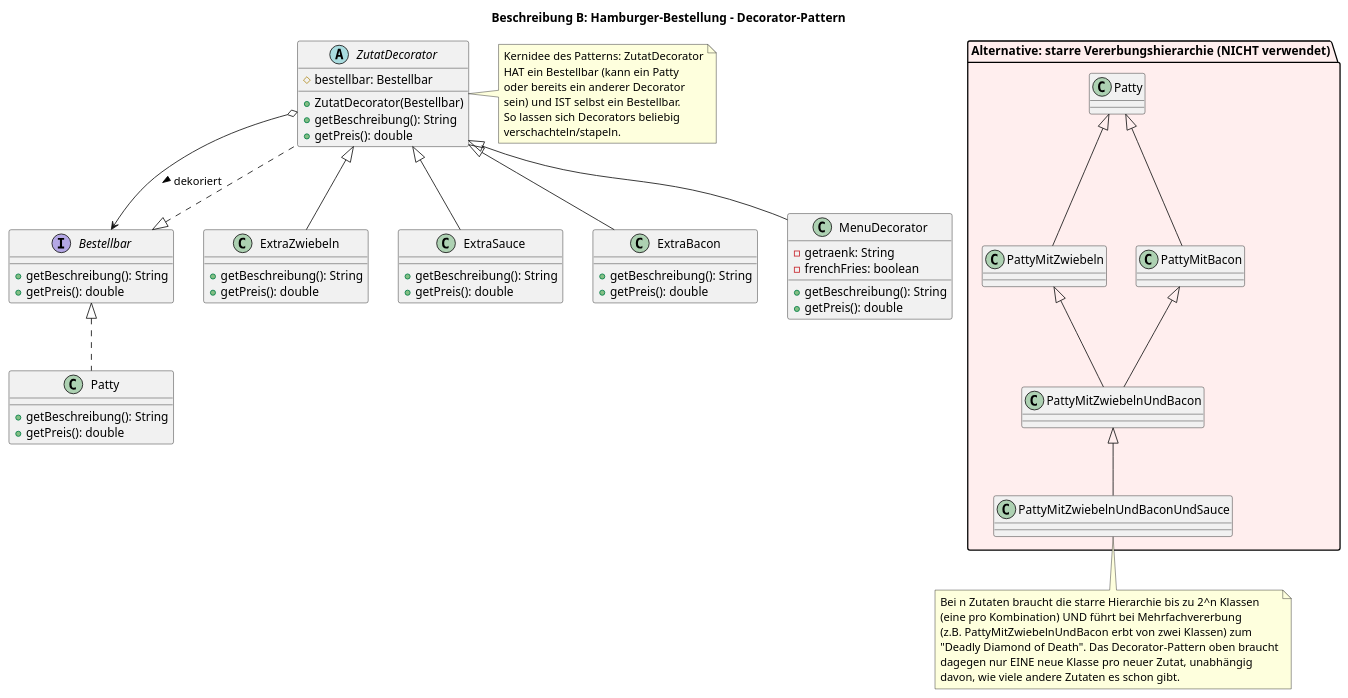
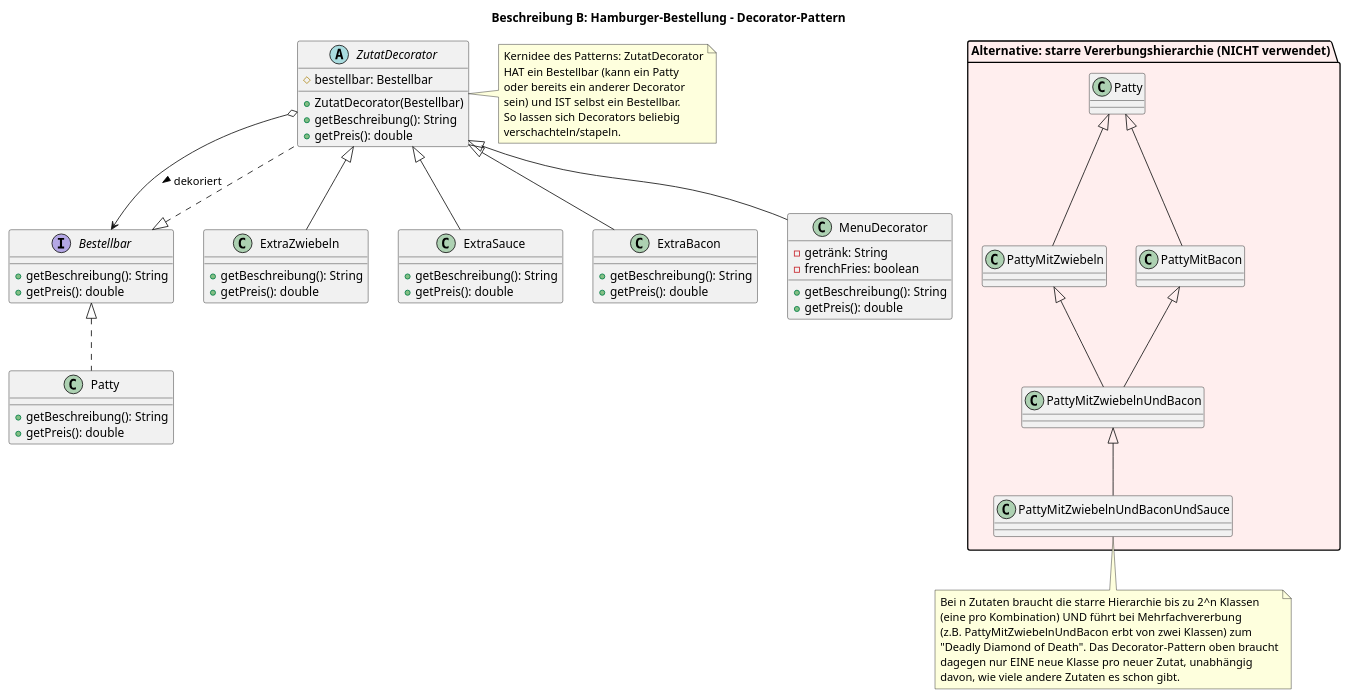
The diagram in M3/klassendiagramm-hamburger.puml (lars11093/M320-OOP), drawn with PlantUML before and after one commit.

Commit message:
M3: getraenk -> getr\xc3\xa4nk (echter Umlaut statt ASCII)

```diff
--- a/M3/klassendiagramm-hamburger.puml
+++ b/M3/klassendiagramm-hamburger.puml
@@ -1,88 +1,88 @@
 @startuml
 title Beschreibung B: Hamburger-Bestellung - Decorator-Pattern
 
 interface Bestellbar {
   +getBeschreibung(): String
   +getPreis(): double
 }
 
 class Patty {
   +getBeschreibung(): String
   +getPreis(): double
 }
 
 abstract class ZutatDecorator {
   #bestellbar: Bestellbar
   +ZutatDecorator(Bestellbar)
   +getBeschreibung(): String
   +getPreis(): double
 }
 
 class ExtraZwiebeln {
   +getBeschreibung(): String
   +getPreis(): double
 }
 
 class ExtraSauce {
   +getBeschreibung(): String
   +getPreis(): double
 }
 
 class ExtraBacon {
   +getBeschreibung(): String
   +getPreis(): double
 }
 
 class MenuDecorator {
-  -getraenk: String
+  -getränk: String
   -frenchFries: boolean
   +getBeschreibung(): String
   +getPreis(): double
 }
 
 ' IST-Beziehungen (Realisierung: Klasse implementiert Interface)
 Bestellbar <|.. Patty
 Bestellbar <|.. ZutatDecorator
 
 ' IST-Beziehung (Vererbung: Subklasse erbt von abstrakter Decorator-Basis)
 ZutatDecorator <|-- ExtraZwiebeln
 ZutatDecorator <|-- ExtraSauce
 ZutatDecorator <|-- ExtraBacon
 ZutatDecorator <|-- MenuDecorator
 
 ' HAT-Beziehung (Aggregation: Decorator umschliesst ein beliebiges Bestellbar-Objekt)
 ZutatDecorator o--> Bestellbar : dekoriert >
 
 note right of ZutatDecorator
   Kernidee des Patterns: ZutatDecorator
   HAT ein Bestellbar (kann ein Patty
   oder bereits ein anderer Decorator
   sein) und IST selbst ein Bestellbar.
   So lassen sich Decorators beliebig
   verschachteln/stapeln.
 end note
 
 package "Alternative: starre Vererbungshierarchie (NICHT verwendet)" #FFEEEE {
   class Patty2 as "Patty"
   class PattyMitZwiebeln
   class PattyMitBacon
   class PattyMitZwiebelnUndBacon
   class PattyMitZwiebelnUndBaconUndSauce
 
   Patty2 <|-- PattyMitZwiebeln
   Patty2 <|-- PattyMitBacon
   PattyMitZwiebeln <|-- PattyMitZwiebelnUndBacon
   PattyMitBacon <|-- PattyMitZwiebelnUndBacon
   PattyMitZwiebelnUndBacon <|-- PattyMitZwiebelnUndBaconUndSauce
 }
 
 note bottom
   Bei n Zutaten braucht die starre Hierarchie bis zu 2^n Klassen
   (eine pro Kombination) UND führt bei Mehrfachvererbung
   (z.B. PattyMitZwiebelnUndBacon erbt von zwei Klassen) zum
   "Deadly Diamond of Death". Das Decorator-Pattern oben braucht
   dagegen nur EINE neue Klasse pro neuer Zutat, unabhängig
   davon, wie viele andere Zutaten es schon gibt.
 end note
 
 @enduml
```
